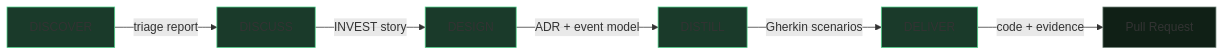
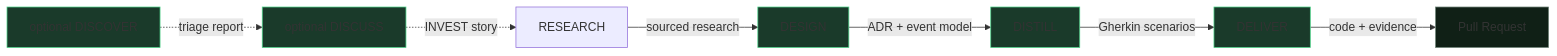
Before and after one commit to SebastienDegodez/skraft-plugin: the diagram in docs/site/en/explanation/pipeline/index.md, drawn with Mermaid. The commit also changed other lines of this file and 12 other files, not shown here.

````diff
--- a/docs/site/en/explanation/pipeline/index.md
+++ b/docs/site/en/explanation/pipeline/index.md
@@ -14,14 +36,15 @@
 ```mermaid
 graph LR
-    D[DISCOVER] -->|triage report| DI[DISCUSS]
-    DI -->|INVEST story| DE[DESIGN]
+    D[optional DISCOVER] -.->|triage report| DI[optional DISCUSS]
+    DI -.->|INVEST story| R[RESEARCH]
+    R -->|sourced research| DE[DESIGN]
     DE -->|ADR + event model| DIS[DISTILL]
     DIS -->|Gherkin scenarios| DEL[DELIVER]
     DEL -->|code + evidence| PR[Pull Request]
     style D fill:#1a3a2a,stroke:#4ed58a
     style DI fill:#1a3a2a,stroke:#4ed58a
     style DE fill:#1a3a2a,stroke:#4ed58a
     style DIS fill:#1a3a2a,stroke:#4ed58a
     style DEL fill:#1a3a2a,stroke:#4ed58a
     style PR fill:#102016,stroke:#6f8478
 ```
````
